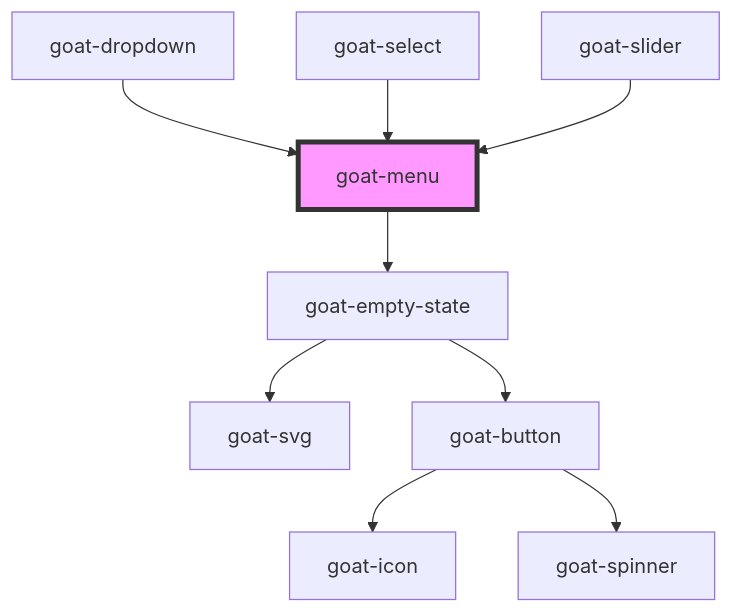
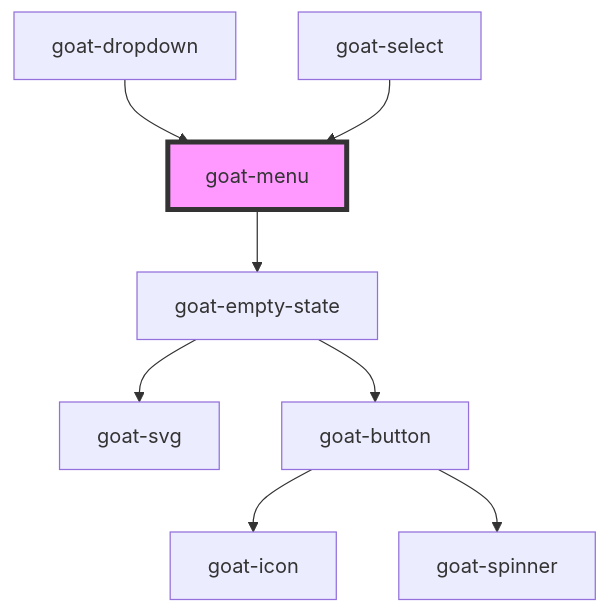
Before and after one commit to goatui/components: the diagram in src/components/general/menu/menu/readme.md, drawn with Mermaid. The commit also changed other lines of this file and 60 other files, not shown here.

````diff
--- a/src/components/general/menu/menu/readme.md
+++ b/src/components/general/menu/menu/readme.md
@@ -45,12 +44,11 @@
 ```mermaid
 graph TD;
   goat-menu --> goat-empty-state
   goat-empty-state --> goat-svg
   goat-empty-state --> goat-button
   goat-button --> goat-icon
   goat-button --> goat-spinner
   goat-dropdown --> goat-menu
   goat-select --> goat-menu
-  goat-slider --> goat-menu
   style goat-menu fill:#f9f,stroke:#333,stroke-width:4px
 ```
````
